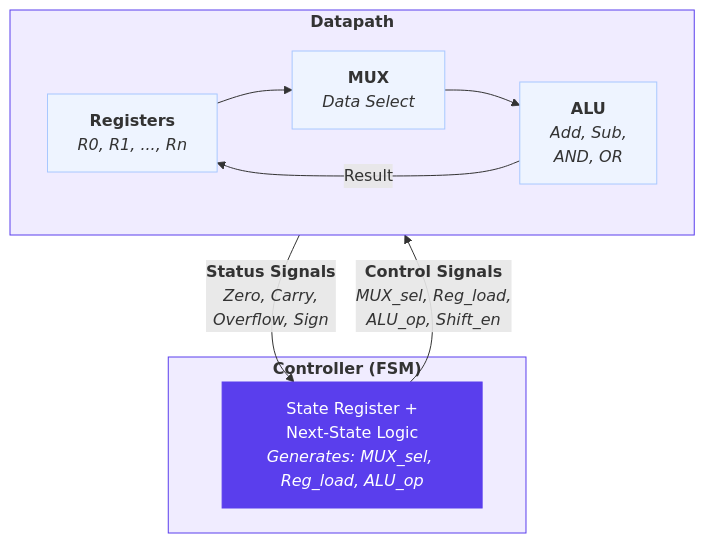
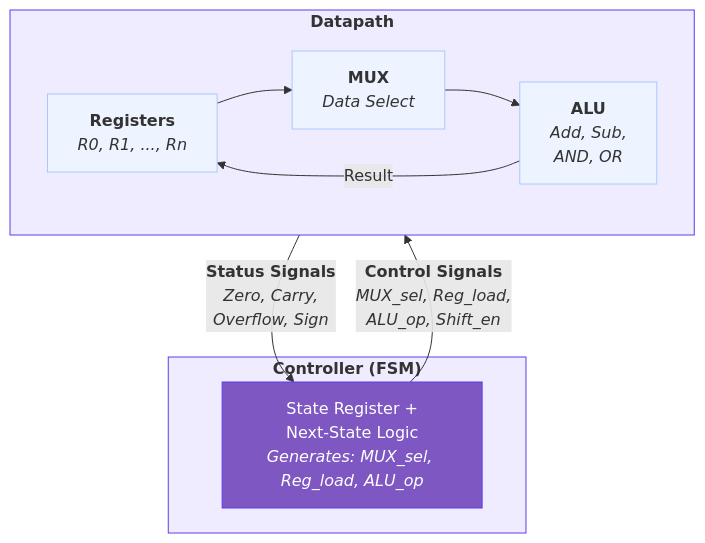
Before and after one commit to Nati-123/intelligent-textbook-ee2301: the second of 3 diagrams in docs/unit13-system-integration/index.md, drawn with Mermaid.

Commit message:
Lighten FSM box color in Unit 13.4 datapath-controller diagram
Change fill from #5A3EED to #7E57C2 so white text is readable.

````diff
--- a/docs/unit13-system-integration/index.md
+++ b/docs/unit13-system-integration/index.md
@@ -242,24 +242,24 @@
 ```mermaid
 flowchart TD
     subgraph CTRL["<b>Controller (FSM)</b>"]
         FSM["State Register +<br/>Next-State Logic<br/><i>Generates: MUX_sel, Reg_load, ALU_op</i>"]
     end
 
     subgraph DP["<b>Datapath</b>"]
         REG["<b>Registers</b><br/><i>R0, R1, ..., Rn</i>"]
         MUX["<b>MUX</b><br/><i>Data Select</i>"]
         ALU["<b>ALU</b><br/><i>Add, Sub,<br/>AND, OR</i>"]
         REG --> MUX --> ALU
         ALU -- "Result" --> REG
     end
 
     FSM -- "<b>Control Signals</b><br/><i>MUX_sel, Reg_load,<br/>ALU_op, Shift_en</i>" --> DP
     DP -- "<b>Status Signals</b><br/><i>Zero, Carry,<br/>Overflow, Sign</i>" --> FSM
 
-    style FSM fill:#5A3EED,stroke:#5A3EED,color:#fff
+    style FSM fill:#7E57C2,stroke:#5A3EED,color:#fff
     style CTRL fill:#F0ECFF,stroke:#5A3EED,color:#333
     style DP fill:#F0ECFF,stroke:#5A3EED,color:#333
     style REG fill:#EEF4FF,stroke:#A8C8FF,color:#333
     style MUX fill:#EEF4FF,stroke:#A8C8FF,color:#333
     style ALU fill:#EEF4FF,stroke:#A8C8FF,color:#333
 ```
````
